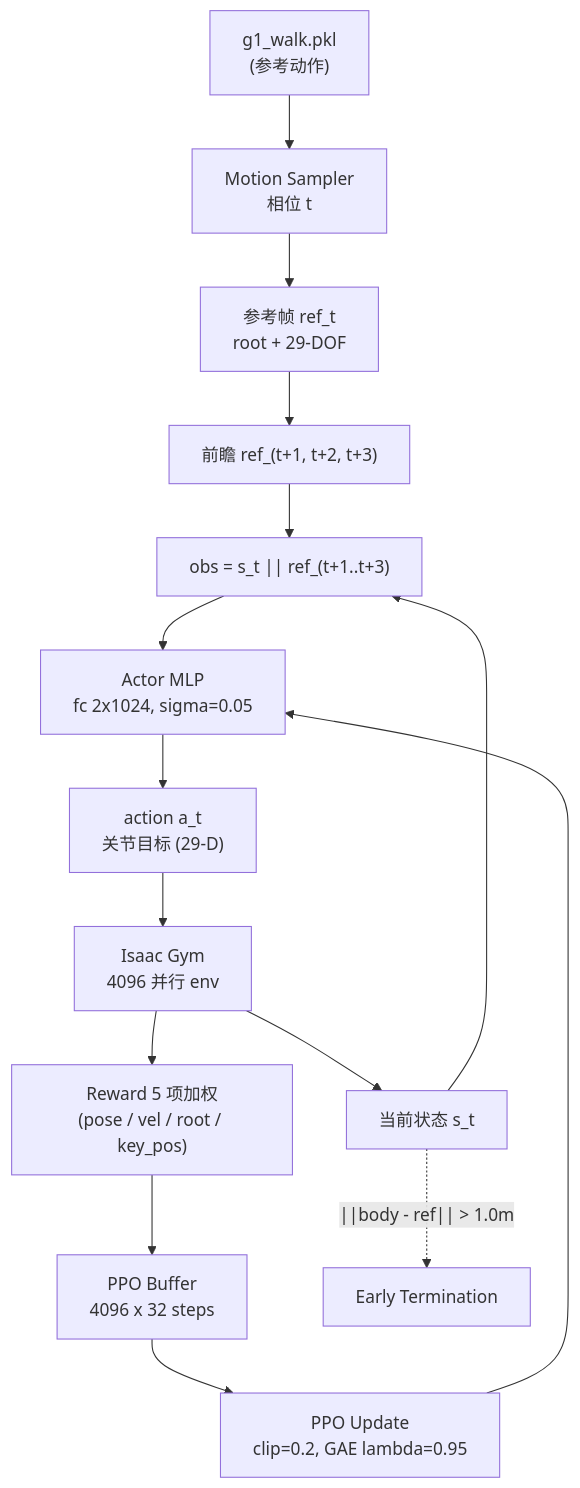
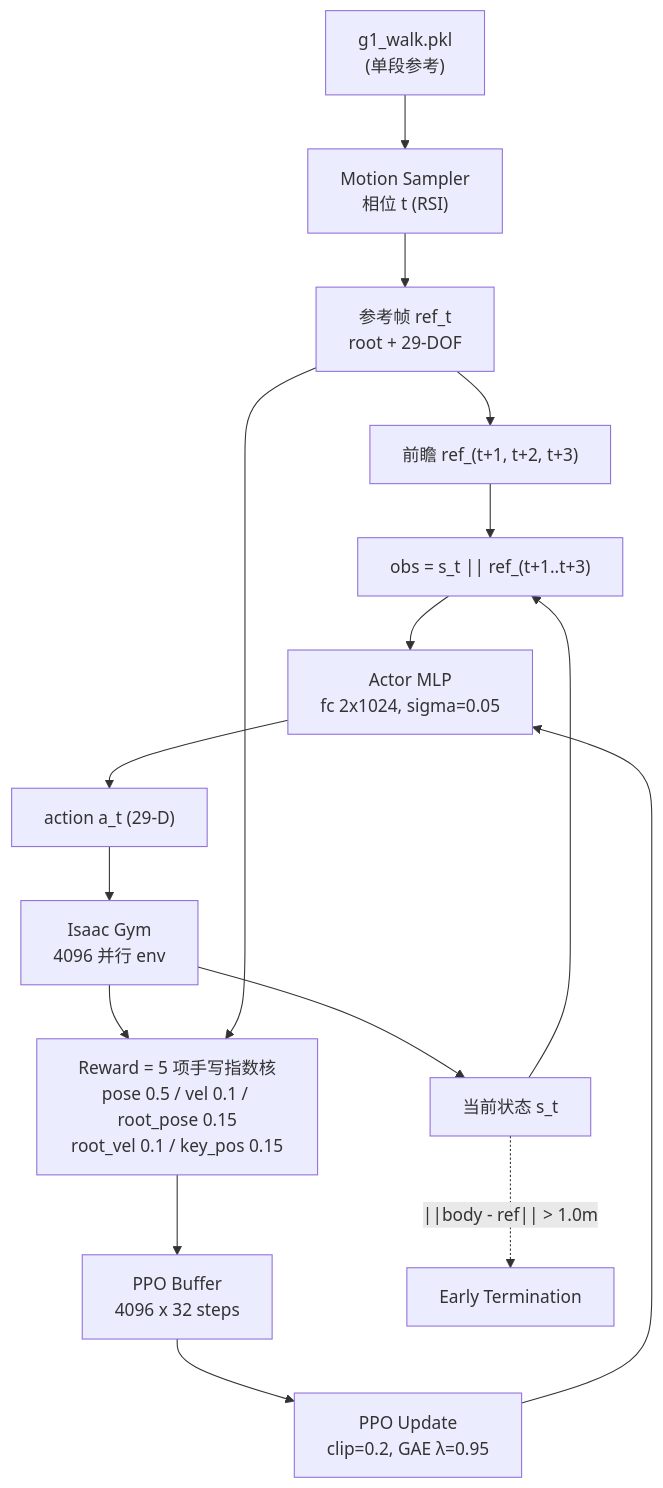
One commit to ImChong/Humanoid_Robot_Learning_Paper_Notebooks changed the first of 4 diagrams in papers/01_Foundational_RL/MimicKit_A_Reinforcement_Learning_Framework_for_Motion_Imitation_and_Control/MimicKit_A_Reinforcement_Learning_Framework_for_Motion_Imitation_and_Control.md. Above: the diagram before and after it, drawn with Mermaid. The commit also changed other lines of this file, not shown here.

Commit message:
docs(MimicKit): 在「具体实例」中加入 DeepMimic/AMP/ASE/ADD 四种算法在 G1 walk 上的流程对比图与差异速查表

```diff
--- a/papers/01_Foundational_RL/MimicKit_A_Reinforcement_Learning_Framework_for_Motion_Imitation_and_Control/MimicKit_A_Reinforcement_Learning_Framework_for_Motion_Imitation_and_Control.md
+++ b/papers/01_Foundational_RL/MimicKit_A_Reinforcement_Learning_Framework_for_Motion_Imitation_and_Control/MimicKit_A_Reinforcement_Learning_Framework_for_Motion_Imitation_and_Control.md
@@ -124,17 +133,18 @@
 <div class="mermaid">
 flowchart TB
-    A["g1_walk.pkl<br/>(参考动作)"] --> B["Motion Sampler<br/>相位 t"]
+    A["g1_walk.pkl<br/>(单段参考)"] --> B["Motion Sampler<br/>相位 t (RSI)"]
     B --> C["参考帧 ref_t<br/>root + 29-DOF"]
     C --> D["前瞻 ref_(t+1, t+2, t+3)"]
     E["Isaac Gym<br/>4096 并行 env"] --> F["当前状态 s_t"]
     F --> G["obs = s_t || ref_(t+1..t+3)"]
     D --> G
     G --> H["Actor MLP<br/>fc 2x1024, sigma=0.05"]
-    H --> I["action a_t<br/>关节目标 (29-D)"]
+    H --> I["action a_t (29-D)"]
     I --> E
-    E --> J["Reward 5 项加权<br/>(pose / vel / root / key_pos)"]
+    E --> J["Reward = 5 项手写指数核<br/>pose 0.5 / vel 0.1 / root_pose 0.15<br/>root_vel 0.1 / key_pos 0.15"]
+    C --> J
     J --> K["PPO Buffer<br/>4096 x 32 steps"]
-    K --> L["PPO Update<br/>clip=0.2, GAE lambda=0.95"]
+    K --> L["PPO Update<br/>clip=0.2, GAE λ=0.95"]
     L --> H
     F -. "||body - ref|| &gt; 1.0m" .-> M["Early Termination"]
 </div>
```
